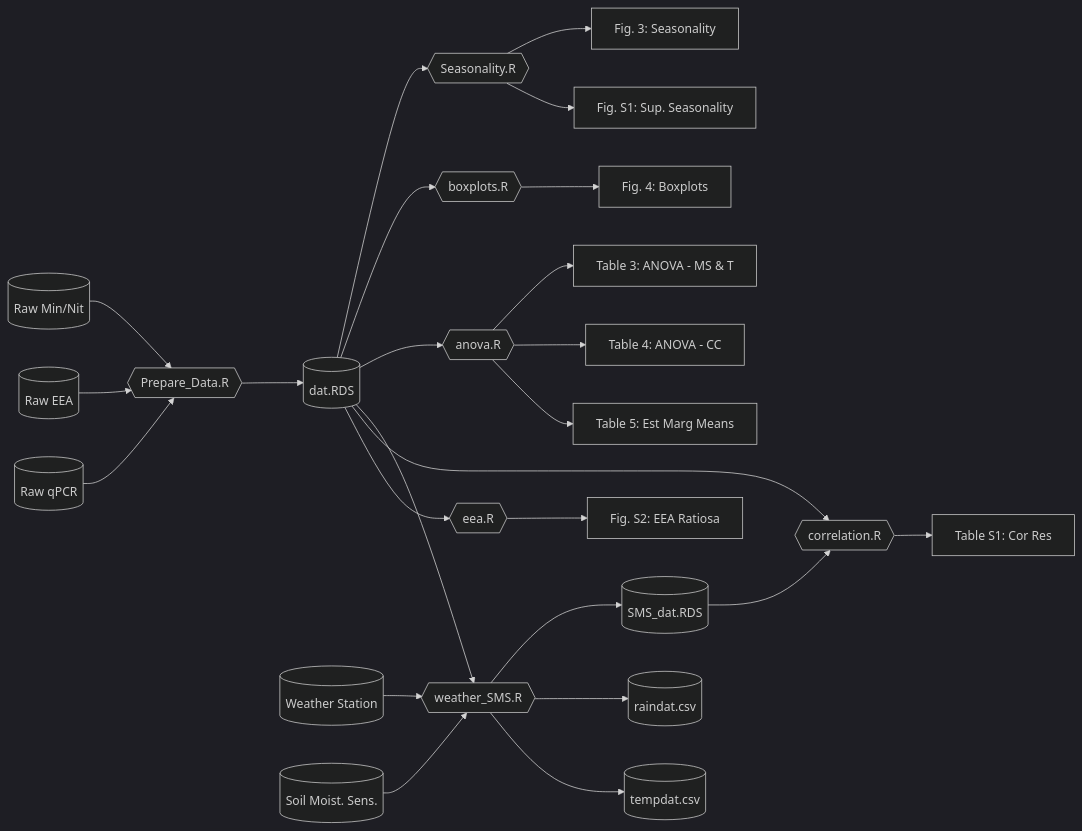
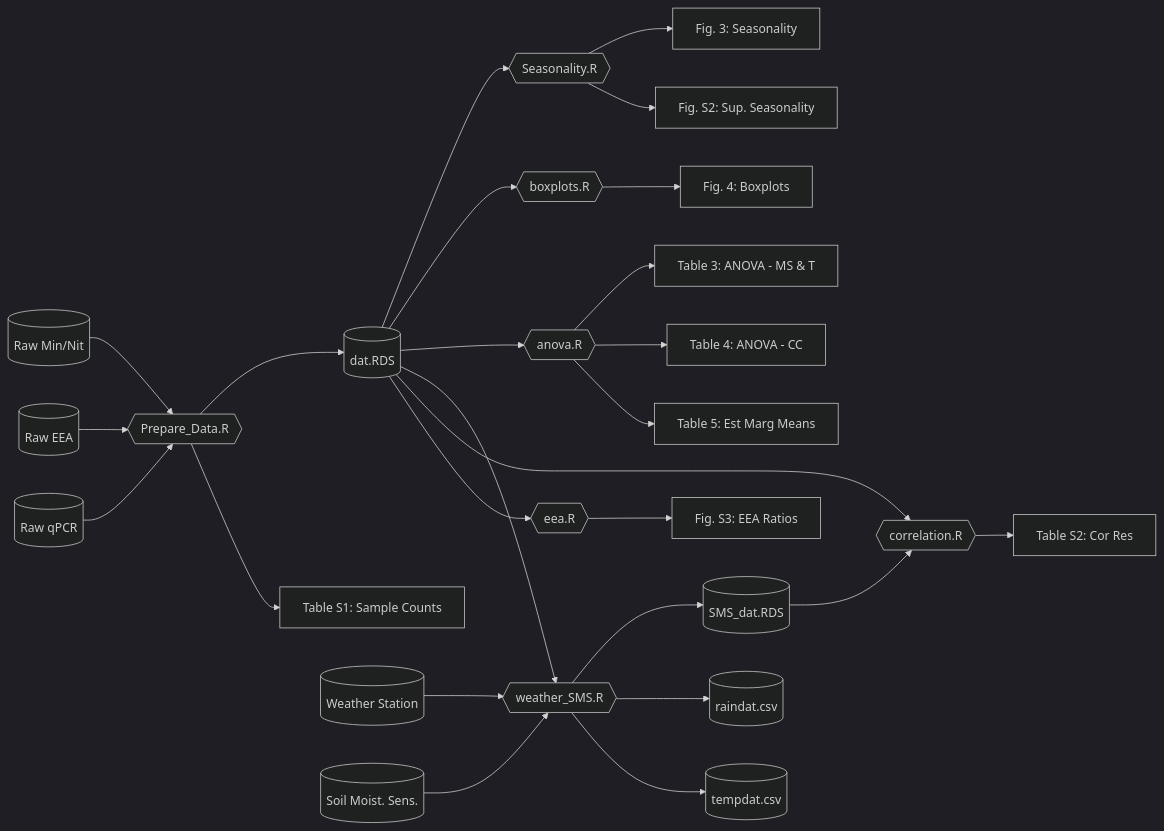
One commit to JacobRPrice/Stroud_Preserve changed the diagram in README.Rmd. Above: the diagram before and after it, drawn with Mermaid (dark theme). The commit also changed other lines of this file and 1 other file, not shown here.

````diff
--- a/README.Rmd
+++ b/README.Rmd
@@ -36,31 +36,32 @@
 ```mermaid
 flowchart LR
     A[(Raw Min/Nit)] --> D{{Prepare_Data.R}}
     B[(Raw EEA)] --> D
     C[(Raw qPCR)] --> D
     D --> E[(dat.RDS)]
+    D --> Y[Table S1: Sample Counts]
     
     E --> F{{Seasonality.R}} 
     F --> G["Fig. 3: Seasonality"]
-    F --> H["Fig. S1: Sup. Seasonality"]
+    F --> H["Fig. S2: Sup. Seasonality"]
     
     E --> I{{boxplots.R}} --> J["Fig. 4: Boxplots"]
 
     E --> K{{anova.R}}
     K --> L["Table 3: ANOVA - MS & T "]
     K --> M["Table 4: ANOVA - CC"]
     K --> N["Table 5: Est Marg Means"]
 
     E --> O{{weather_SMS.R}}
     P[(Weather Station)] --> O 
     Q[(Soil Moist. Sens.)] --> O
     O --> R[(SMS_dat.RDS)]
     O --> S[(raindat.csv)]
     O --> T[(tempdat.csv)]
 
     E --> U{{correlation.R}} 
     R --> U
-    U --> V["Table S1: Cor Res"]
+    U --> V["Table S2: Cor Res"]
 
-    E --> W{{eea.R}} --> X["Fig. S2: EEA Ratiosa"]
+    E --> W{{eea.R}} --> X["Fig. S3: EEA Ratios"]
 ```
````
